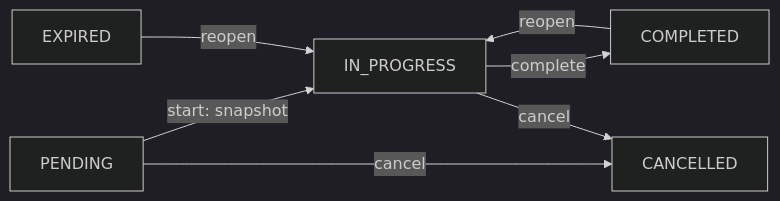
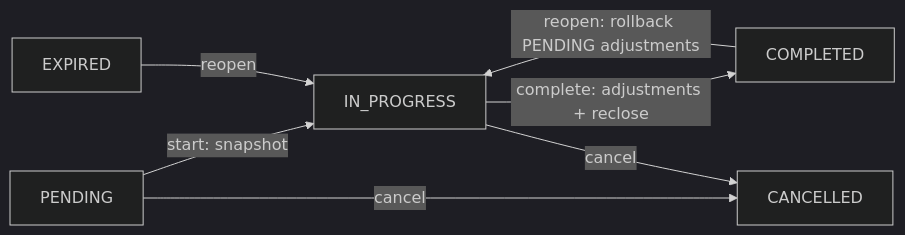
One commit to Java-Inventory-Management-System/Projects changed the first of 2 diagrams in docs/flows/stock-check-flow.md. Above: the diagram before and after it, drawn with Mermaid (dark theme). The commit also changed other lines of this file and 33 other files, not shown here.

````diff
--- a/docs/flows/stock-check-flow.md
+++ b/docs/flows/stock-check-flow.md
@@ -40,9 +52,9 @@
 ```mermaid
 flowchart LR
     PENDING -->|start: snapshot| IN_PROGRESS
     PENDING -->|cancel| CANCELLED
-    IN_PROGRESS -->|complete| COMPLETED
+    IN_PROGRESS -->|complete: adjustments + reclose| COMPLETED
     IN_PROGRESS -->|cancel| CANCELLED
-    COMPLETED -->|reopen| IN_PROGRESS
+    COMPLETED -->|reopen: rollback PENDING adjustments| IN_PROGRESS
     EXPIRED -->|reopen| IN_PROGRESS
 ```
````
